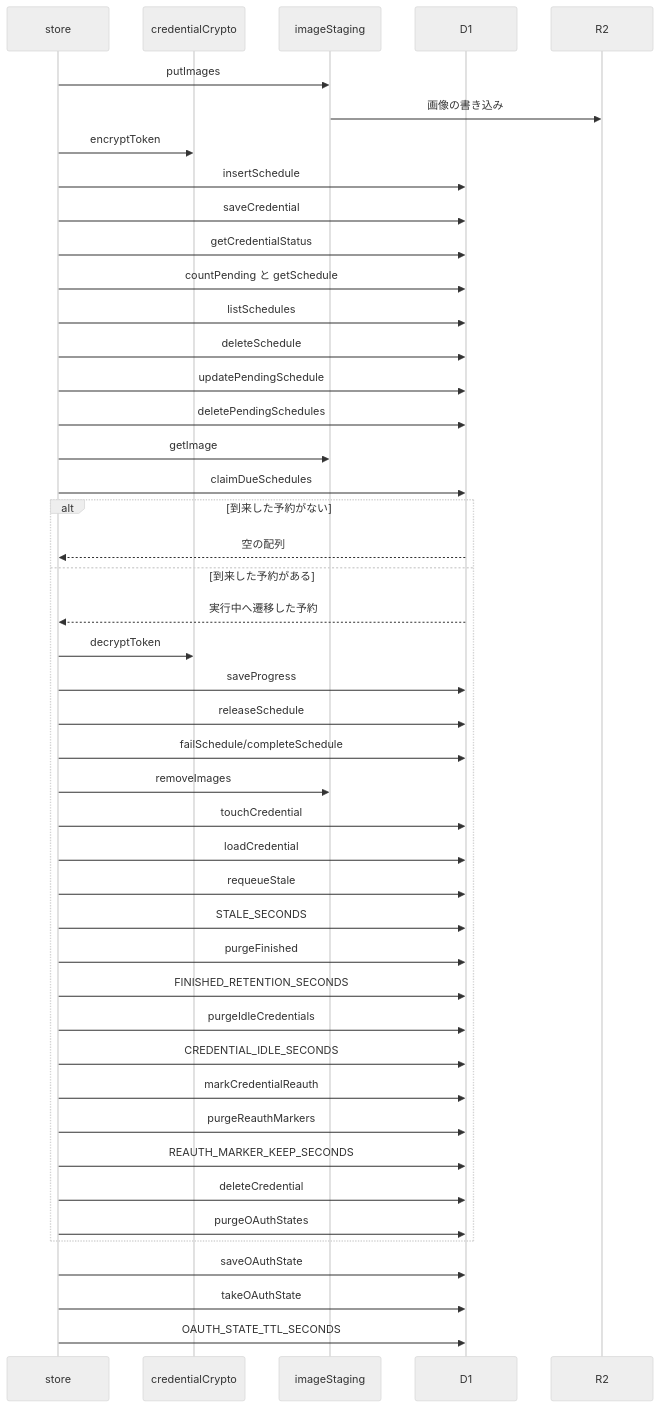
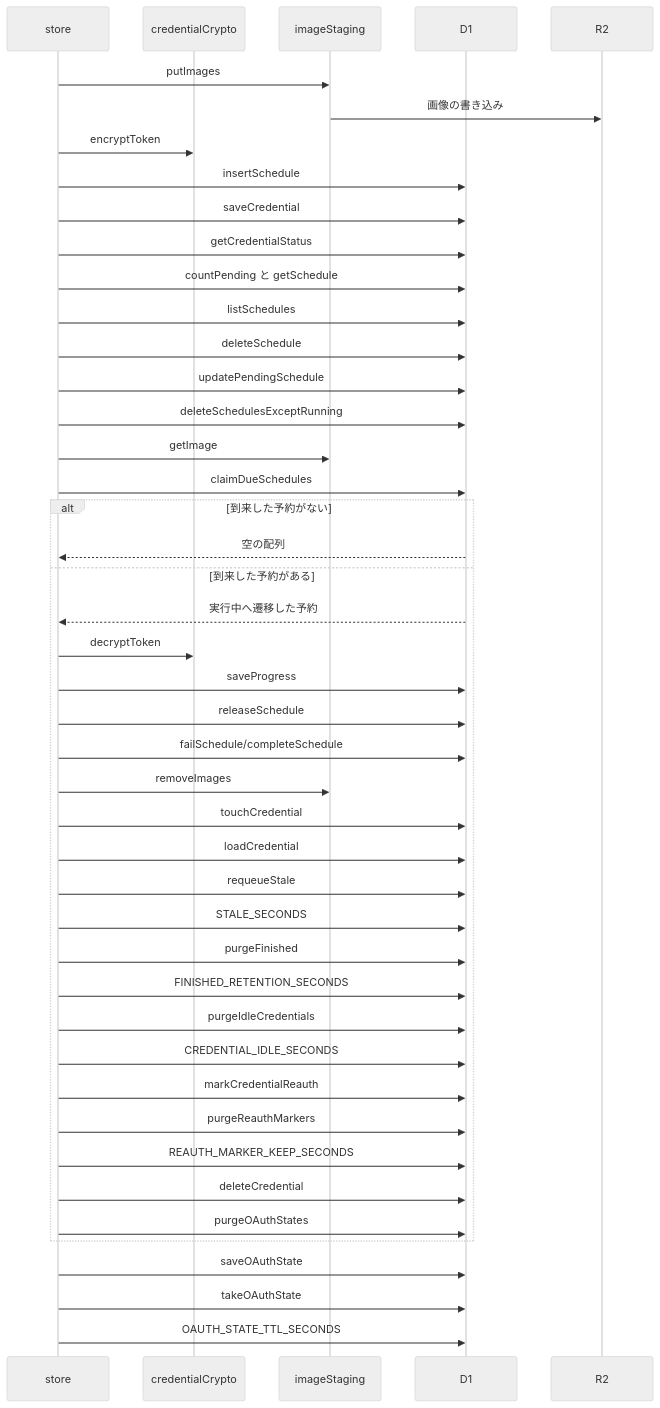
One commit to nekono-dev/skyshare changed the second of 2 diagrams in specs/schedule-store/design.md. Above: the diagram before and after it, drawn with Mermaid (neutral theme). The commit also changed other lines of this file and 21 other files, not shown here.

````diff
--- a/specs/schedule-store/design.md
+++ b/specs/schedule-store/design.md
@@ -32,47 +32,47 @@
 ```mermaid
 sequenceDiagram
   participant store
   participant credentialCrypto
   participant imageStaging
   participant ext_d1 as D1
   participant ext_r2 as R2
   store->>imageStaging: putImages
   imageStaging->>ext_r2: 画像の書き込み
   store->>credentialCrypto: encryptToken
   store->>ext_d1: insertSchedule
   store->>ext_d1: saveCredential
   store->>ext_d1: getCredentialStatus
   store->>ext_d1: countPending と getSchedule
   store->>ext_d1: listSchedules
   store->>ext_d1: deleteSchedule
   store->>ext_d1: updatePendingSchedule
-  store->>ext_d1: deletePendingSchedules
+  store->>ext_d1: deleteSchedulesExceptRunning
   store->>imageStaging: getImage
   store->>ext_d1: claimDueSchedules
   alt 到来した予約がない
     ext_d1-->>store: 空の配列
   else 到来した予約がある
     ext_d1-->>store: 実行中へ遷移した予約
     store->>credentialCrypto: decryptToken
     store->>ext_d1: saveProgress
     store->>ext_d1: releaseSchedule
     store->>ext_d1: failSchedule/completeSchedule
     store->>imageStaging: removeImages
     store->>ext_d1: touchCredential
     store->>ext_d1: loadCredential
     store->>ext_d1: requeueStale
     store->>ext_d1: STALE_SECONDS
     store->>ext_d1: purgeFinished
     store->>ext_d1: FINISHED_RETENTION_SECONDS
     store->>ext_d1: purgeIdleCredentials
     store->>ext_d1: CREDENTIAL_IDLE_SECONDS
     store->>ext_d1: markCredentialReauth
     store->>ext_d1: purgeReauthMarkers
     store->>ext_d1: REAUTH_MARKER_KEEP_SECONDS
     store->>ext_d1: deleteCredential
     store->>ext_d1: purgeOAuthStates
   end
   store->>ext_d1: saveOAuthState
   store->>ext_d1: takeOAuthState
   store->>ext_d1: OAUTH_STATE_TTL_SECONDS
 ```
````
